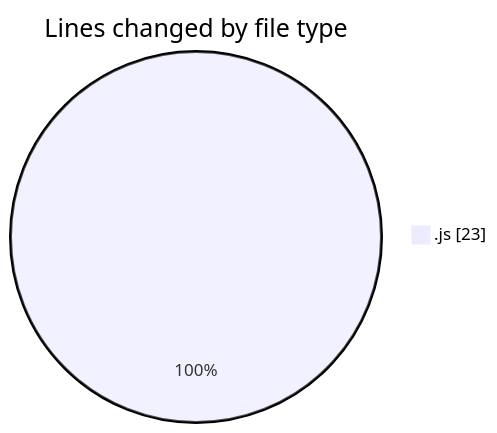
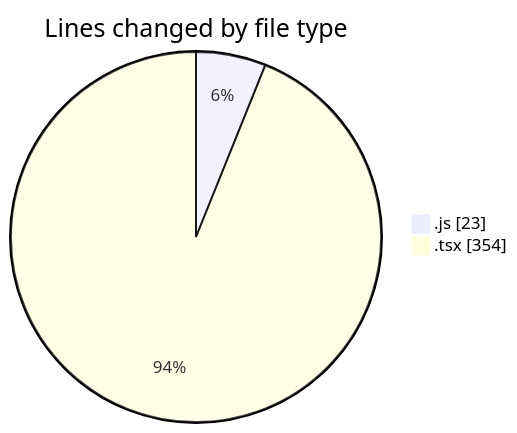
Before and after one commit to donsfak/code-tracking: the first of 2 diagrams in 2025-09-28/portofolio/README.md, drawn with Mermaid. The commit also changed other lines of this file and 1 other file, not shown here.

````diff
--- a/2025-09-28/portofolio/README.md
+++ b/2025-09-28/portofolio/README.md
@@ -21,5 +22,6 @@
 ```mermaid
 pie showData
 title Lines changed by file type
 ".js" : 23
+".tsx" : 354
 ```
````
